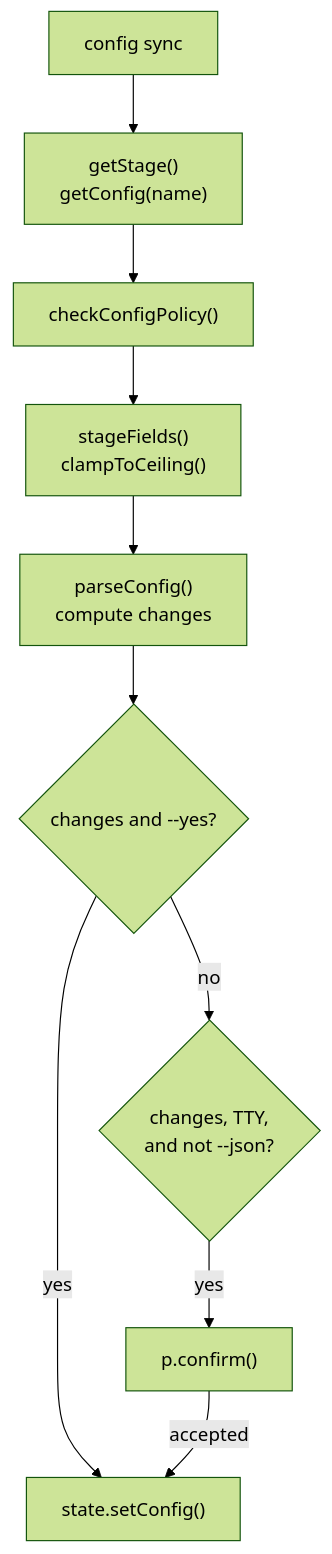
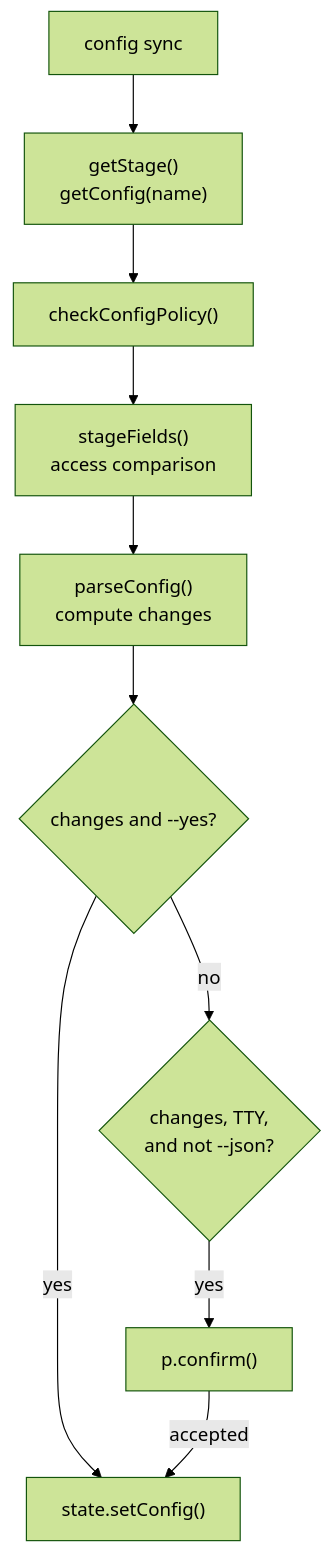
The third of 8 diagrams in docs/wiki/cli.md (noormdev/noorm), drawn with Mermaid (forest theme) before and after one commit. The commit also changed other lines of this file and 349 other files, not shown here.

````diff
--- a/docs/wiki/cli.md
+++ b/docs/wiki/cli.md
@@ -98,13 +112,13 @@
 ```mermaid
 flowchart TD
     %% source: src/cli/config/sync.ts, src/core/config/stage.ts
     A["config sync"] --> B["getStage()<br/>getConfig(name)"]
     B --> C["checkConfigPolicy()"]
-    C --> D["stageFields()<br/>clampToCeiling()"]
+    C --> D["stageFields()<br/>access comparison"]
     D --> E["parseConfig()<br/>compute changes"]
     E --> F{"changes and --yes?"}
     F -->|yes| I["state.setConfig()"]
     F -->|no| G{"changes, TTY,<br/>and not --json?"}
     G -->|yes| H["p.confirm()"]
     H -->|accepted| I
 ```
````
